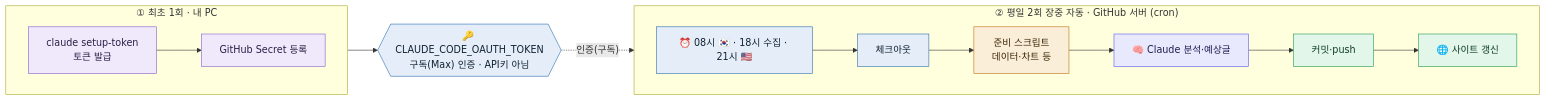
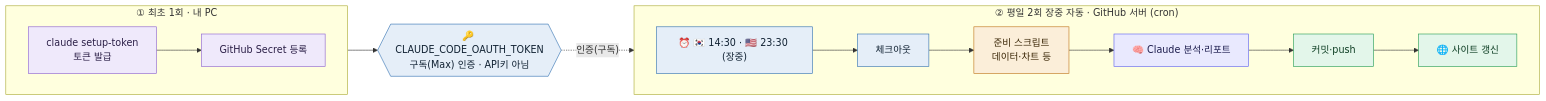
Before and after one commit to gks930620/stock-daily: the first of 2 diagrams in docs/OVERVIEW.md, drawn with Mermaid. The commit also changed other lines of this file and 4 other files, not shown here.

````diff
--- a/docs/OVERVIEW.md
+++ b/docs/OVERVIEW.md
@@ -14,22 +14,22 @@
 ```mermaid
 flowchart LR
   subgraph SETUP["① 최초 1회 · 내 PC"]
     direction LR
     A["claude setup-token<br/>토큰 발급"] --> B["GitHub Secret 등록"]
   end
   B --> KEY{{"🔑 CLAUDE_CODE_OAUTH_TOKEN<br/>구독(Max) 인증 · API키 아님"}}
 
   subgraph DAILY["② 평일 2회 장중 자동 · GitHub 서버 (cron)"]
     direction LR
-    C["⏰ 08시 🇰🇷 · 18시 수집 · 21시 🇺🇸"] --> D["체크아웃"] --> E["준비 스크립트<br/>데이터·차트 등"] --> F["🧠 Claude 분석·예상글"] --> G["커밋·push"] --> H["🌐 사이트 갱신"]
+    C["⏰ 🇰🇷 14:30 · 🇺🇸 23:30 (장중)"] --> D["체크아웃"] --> E["준비 스크립트<br/>데이터·차트 등"] --> F["🧠 Claude 분석·리포트"] --> G["커밋·push"] --> H["🌐 사이트 갱신"]
   end
 
   KEY -. "인증(구독)" .-> F
 
   classDef setup fill:#efe9fb,stroke:#8a5fd0,color:#2a1e46;
   classDef cloud fill:#e5eef8,stroke:#2f6fb0,color:#123;
   classDef proc  fill:#fbeed9,stroke:#bf7318,color:#3a2606;
   classDef ai    fill:#e9e9fe,stroke:#5b5ff0,color:#1c1c4d;
   classDef pub   fill:#e3f6ea,stroke:#219a52,color:#0c3d22;
   class A,B setup; class KEY,C,D cloud; class E proc; class F ai; class G,H pub;
 ```
````
